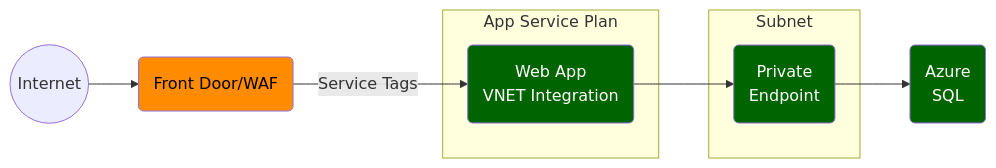
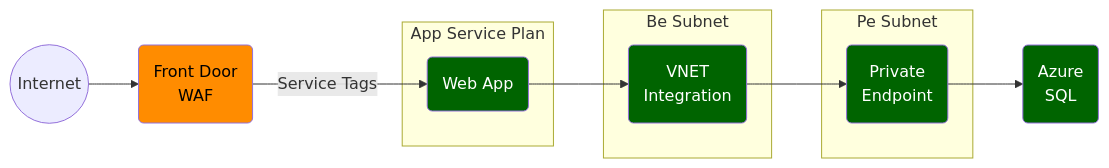
One commit to msalemor/app-services-networking changed the fourth of 7 diagrams in README.md. Above: the diagram before and after it, drawn with Mermaid.

````diff
--- a/README.md
+++ b/README.md
@@ -139,21 +139,23 @@
 ```mermaid
 graph LR;
-  A((Internet))-->B(Front Door/WAF);
+  A((Internet))-->B(Front Door<br/>WAF);
   B-- Service Tags -->a1;
-  
-    subgraph "App Service Plan"
-      a1(Web App<br/>VNET Integration);
-    end;
-  
-  a1-->a2;
-  subgraph "Subnet"
+  subgraph "App Service Plan"
+    a1(Web App);
+  end; 
+  a1-->a3;
+  subgraph "Be Subnet"
+    a3(VNET<br/>Integration);
+  end;
+  a3-->a2;
+  subgraph "Pe Subnet"
     a2(Private<br/>Endpoint);
   end;
   a2-->E(Azure<br/>SQL);
   classDef internet fill:#007FFF,color:white;
   classDef unsafe fill:#ff3333,color:white;
   classDef semisafe fill:darkorange,color:black;
   classDef safe fill:darkgreen,color:white;
   class B semisafe;
-  class a1,a2,E safe;
+  class a1,a2,a3,E safe;
 ```
````
